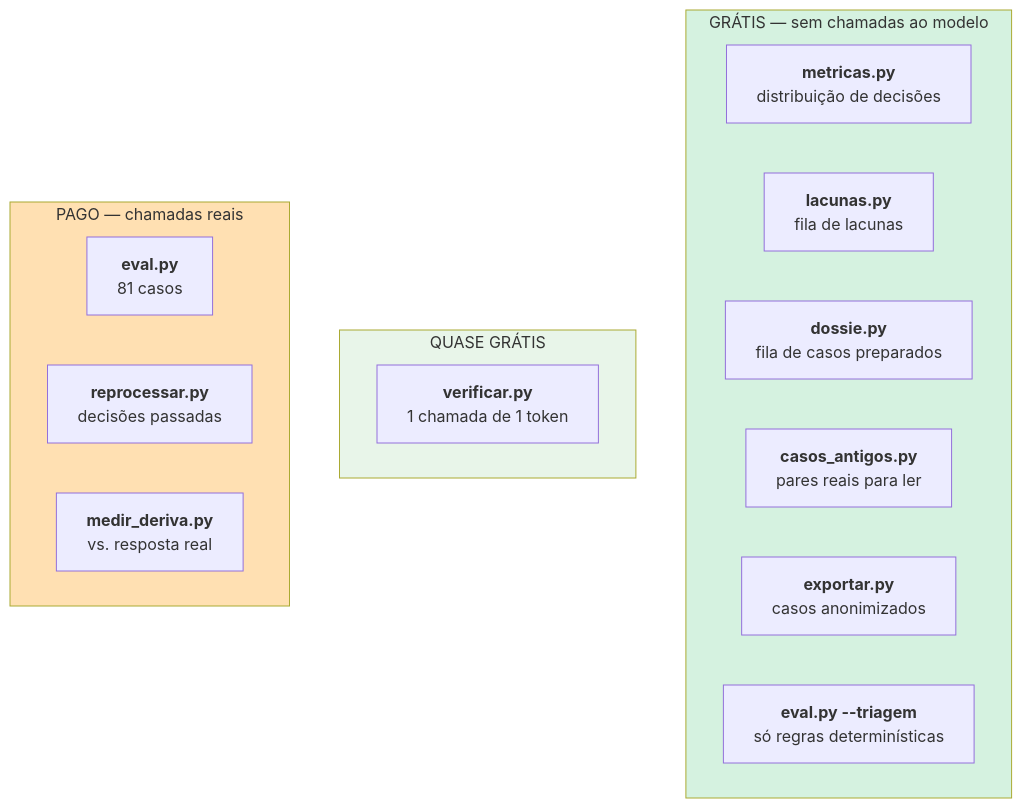
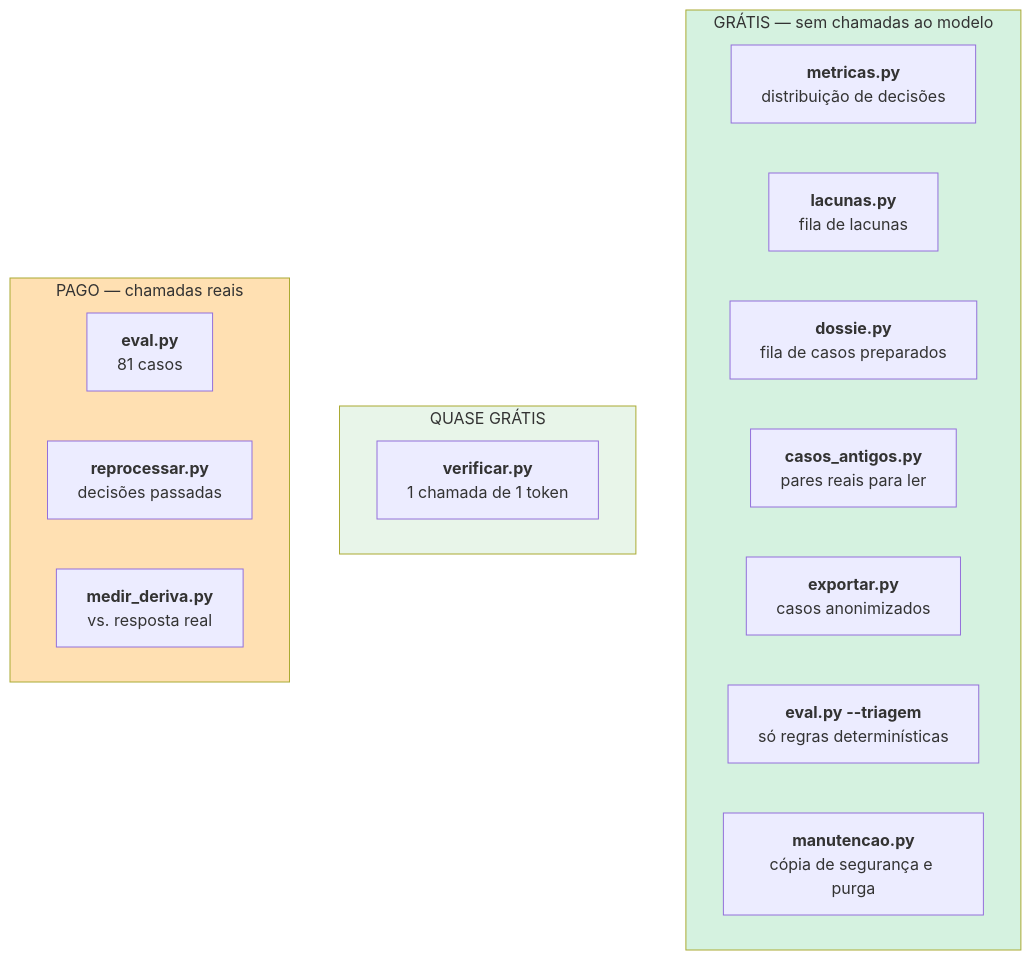
The diagram in docs/06-engineering/operations.md (joaocarvalhini/Outlook-Reply-Assistant), drawn with Mermaid before and after one commit. The commit also changed other lines of this file and 15 other files, not shown here.

````diff
--- a/docs/06-engineering/operations.md
+++ b/docs/06-engineering/operations.md
@@ -19,22 +20,23 @@
 ```mermaid
 flowchart TB
     subgraph G["GRÁTIS — sem chamadas ao modelo"]
         G1["<b>metricas.py</b><br/>distribuição de decisões"]
         G2["<b>lacunas.py</b><br/>fila de lacunas"]
         G3["<b>dossie.py</b><br/>fila de casos preparados"]
         G4["<b>casos_antigos.py</b><br/>pares reais para ler"]
         G5["<b>exportar.py</b><br/>casos anonimizados"]
         G6["<b>eval.py --triagem</b><br/>só regras determinísticas"]
+        G7["<b>manutencao.py</b><br/>cópia de segurança e purga"]
     end
     subgraph Q["QUASE GRÁTIS"]
         Q1["<b>verificar.py</b><br/>1 chamada de 1 token"]
     end
     subgraph P["PAGO — chamadas reais"]
         P1["<b>eval.py</b><br/>81 casos"]
         P2["<b>reprocessar.py</b><br/>decisões passadas"]
         P3["<b>medir_deriva.py</b><br/>vs. resposta real"]
     end
     style G fill:#d5f2e0
     style Q fill:#e8f5e9
     style P fill:#ffe0b2
 ```
````
